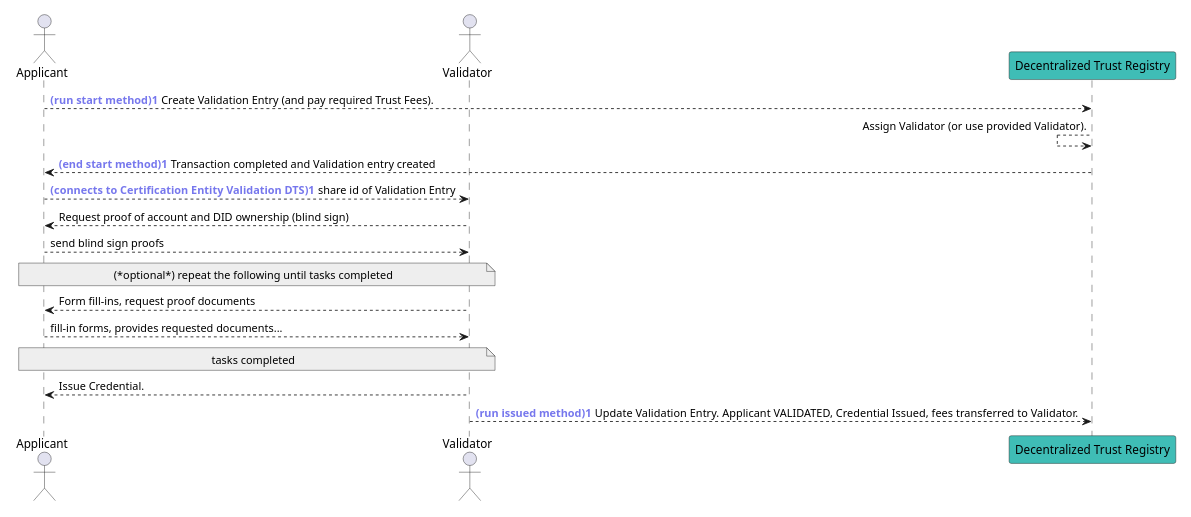
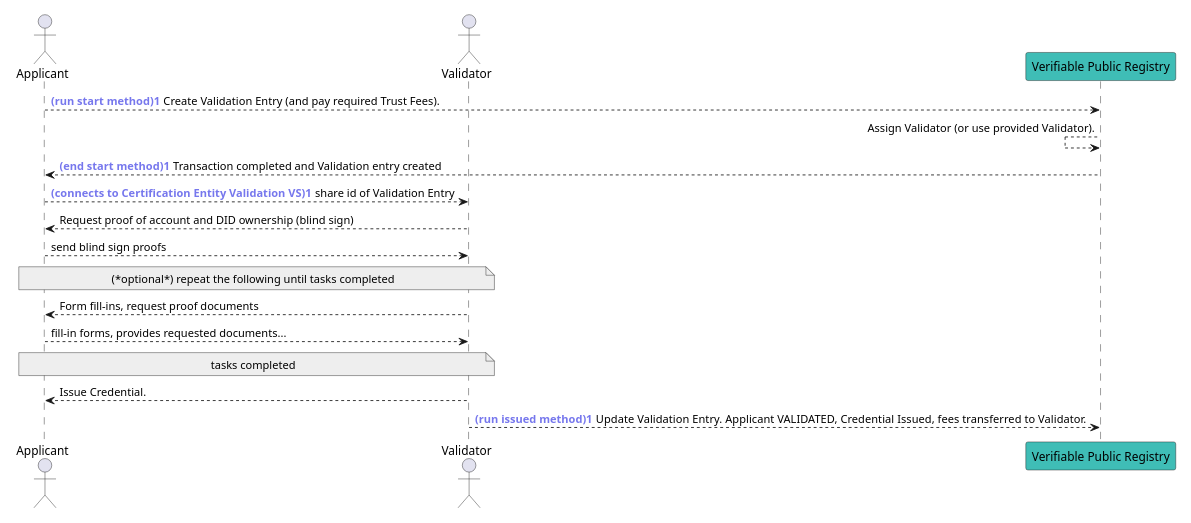
One commit to verana-labs/verifiable-trust-vpr-spec changed diagram 11 of 12 in spec.md. Above: the diagram before and after it, drawn with PlantUML. The commit also changed other lines of this file and 1 other file, not shown here.

````diff
--- a/spec.md
+++ b/spec.md
@@ -2546,27 +2546,27 @@
 ```plantuml
 scale max 800 width
 actor "Applicant" as Applicant 
 actor "Validator" as CE
-participant "Decentralized Trust Registry" as DTR #3fbdb6
+participant "Verifiable Public Registry" as VPR #3fbdb6
 autonumber "<font color='#7677ed'><b>(run start method)"
-Applicant --> DTR #3fbdb6: Create Validation Entry (and pay required Trust Fees).
+Applicant --> VPR #3fbdb6: Create Validation Entry (and pay required Trust Fees).
 autonumber stop
-DTR <-- DTR: Assign Validator (or use provided Validator).
+VPR <-- VPR: Assign Validator (or use provided Validator).
 autonumber "<font color='#7677ed'><b>(end start method)"
-Applicant <-- DTR: Transaction completed and Validation entry created
+Applicant <-- VPR: Transaction completed and Validation entry created
 autonumber stop
-autonumber "<font color='#7677ed'><b>(connects to Certification Entity Validation DTS)"
+autonumber "<font color='#7677ed'><b>(connects to Certification Entity Validation VS)"
 Applicant --> CE: share id of Validation Entry
 autonumber stop
 Applicant <-- CE: Request proof of account and DID ownership (blind sign)
 Applicant --> CE: send blind sign proofs 
 note over Applicant, CE #EEEEEE: (*optional*) repeat the following until tasks completed
 Applicant <-- CE: Form fill-ins, request proof documents
 Applicant --> CE: fill-in forms, provides requested documents...
 note over Applicant, CE #EEEEEE: tasks completed
 autonumber stop
 CE --> Applicant #3fbdb6: Issue Credential.
 autonumber "<font color='#7677ed'><b>(run issued method)"
-CE --> DTR #3fbdb6: Update Validation Entry. Applicant VALIDATED, Credential Issued, fees transferred to Validator.
+CE --> VPR #3fbdb6: Update Validation Entry. Applicant VALIDATED, Credential Issued, fees transferred to Validator.
 autonumber stop
 ```
````
